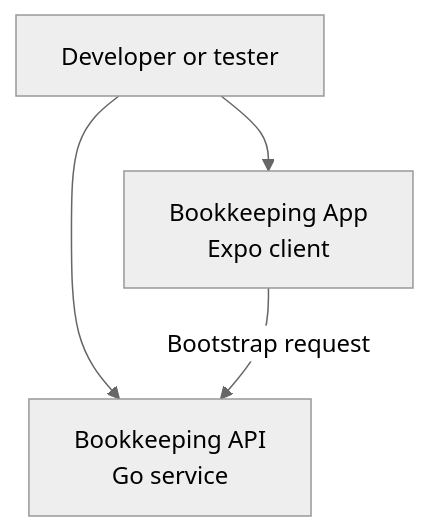
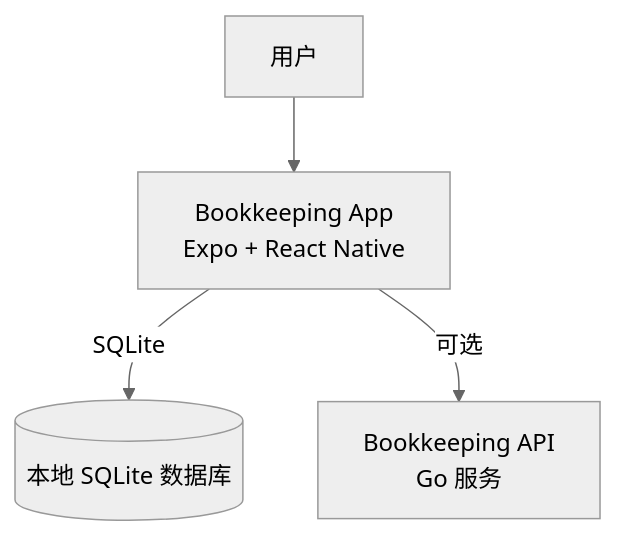
The diagram in docs/architecture/context.md (jones-187/bookkeeping), drawn with Mermaid (neutral theme) before and after one commit. The commit also changed other lines of this file and 7 other files, not shown here.

````diff
--- a/docs/architecture/context.md
+++ b/docs/architecture/context.md
@@ -7,6 +7,6 @@
 ```mermaid
 graph TB
-    User["Developer or tester"] --> App["Bookkeeping App\nExpo client"]
-    User --> API["Bookkeeping API\nGo service"]
-    App -->|"Bootstrap request"| API
+    User["用户"] --> App["Bookkeeping App\nExpo + React Native"]
+    App -->|"SQLite"| LocalDB[("本地 SQLite 数据库")]
+    App -->|"可选"| API["Bookkeeping API\nGo 服务"]
 ```
````
